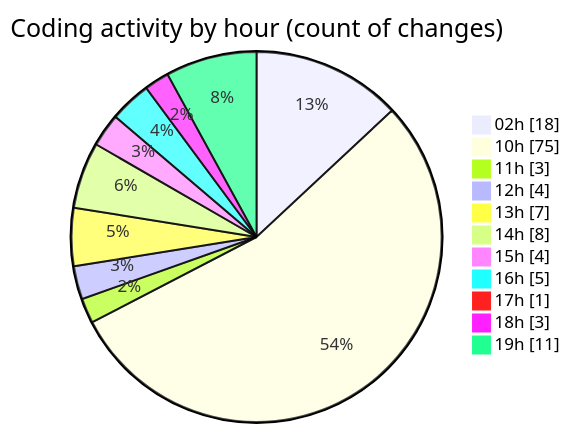
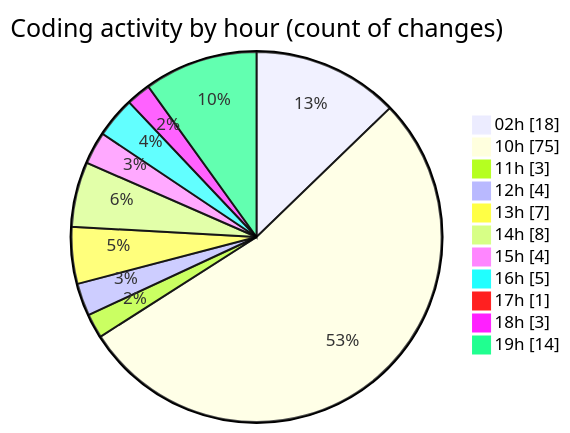
The second of 2 diagrams in 2026-07-08/twenty_versions_aminor/README.md (shibass792/code-tracking), drawn with Mermaid before and after one commit. The commit also changed other lines of this file and 1 other file, not shown here.

````diff
--- a/2026-07-08/twenty_versions_aminor/README.md
+++ b/2026-07-08/twenty_versions_aminor/README.md
@@ -46,15 +46,15 @@
 ```mermaid
 pie showData
 title Coding activity by hour (count of changes)
 "02h" : 18
 "10h" : 75
 "11h" : 3
 "12h" : 4
 "13h" : 7
 "14h" : 8
 "15h" : 4
 "16h" : 5
 "17h" : 1
 "18h" : 3
-"19h" : 11
+"19h" : 14
 ```
````
